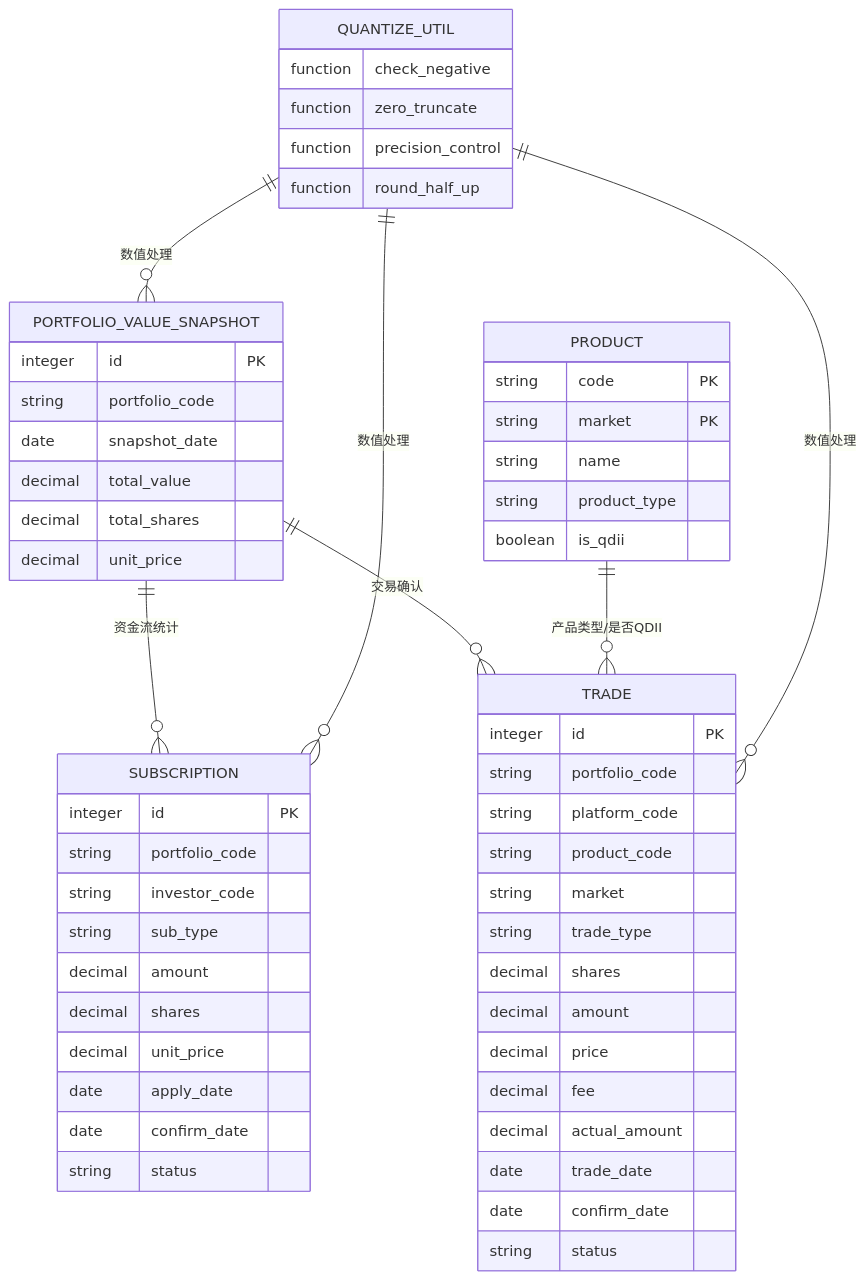
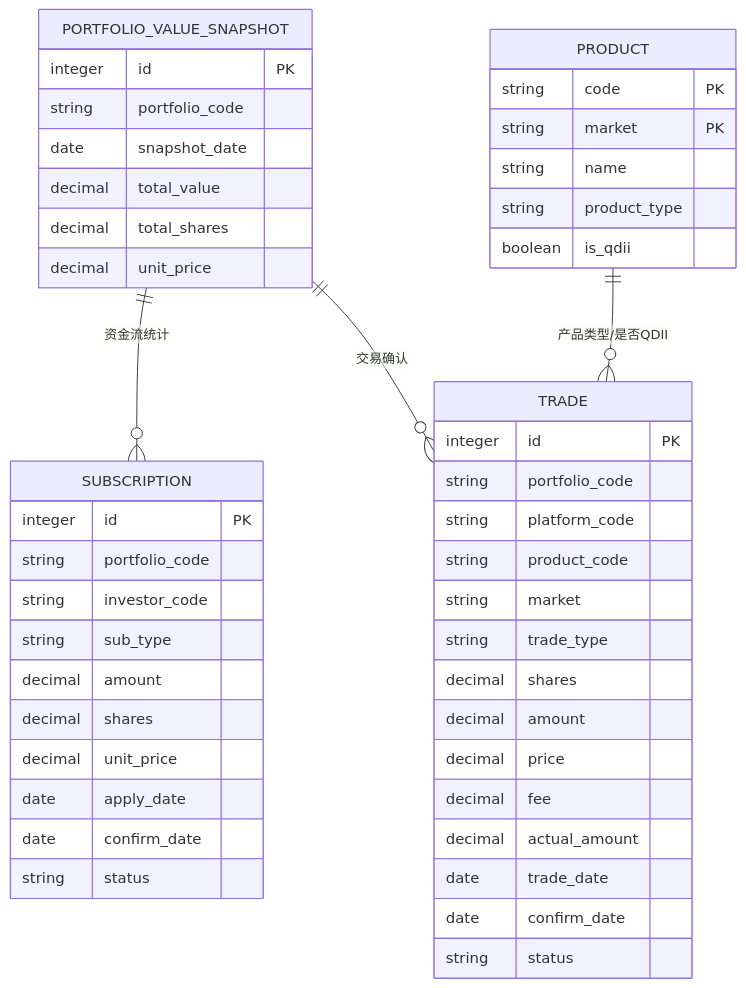
The eighth of 8 diagrams in .qoder/repowiki/zh/content/数据库设计/核心计算公式.md (gujialind/InvestRing), drawn with Mermaid before and after one commit. The commit also changed other lines of this file and 65 other files, not shown here.

````diff
--- a/.qoder/repowiki/zh/content/数据库设计/核心计算公式.md
+++ b/.qoder/repowiki/zh/content/数据库设计/核心计算公式.md
@@ -382,58 +304,49 @@
 ```mermaid
 erDiagram
 PORTFOLIO_VALUE_SNAPSHOT {
 integer id PK
 string portfolio_code
 date snapshot_date
 decimal total_value
 decimal total_shares
 decimal unit_price
 }
 SUBSCRIPTION {
 integer id PK
 string portfolio_code
 string investor_code
 string sub_type
 decimal amount
 decimal shares
 decimal unit_price
 date apply_date
 date confirm_date
 string status
 }
 TRADE {
 integer id PK
 string portfolio_code
 string platform_code
 string product_code
 string market
 string trade_type
 decimal shares
 decimal amount
 decimal price
 decimal fee
 decimal actual_amount
 date trade_date
 date confirm_date
 string status
 }
 PRODUCT {
 string code PK
 string market PK
 string name
 string product_type
 boolean is_qdii
 }
-QUANTIZE_UTIL {
-function check_negative
-function zero_truncate
-function precision_control
-function round_half_up
-}
 PORTFOLIO_VALUE_SNAPSHOT ||--o{ SUBSCRIPTION : "资金流统计"
 PORTFOLIO_VALUE_SNAPSHOT ||--o{ TRADE : "交易确认"
 PRODUCT ||--o{ TRADE : "产品类型/是否QDII"
-QUANTIZE_UTIL ||--o{ PORTFOLIO_VALUE_SNAPSHOT : "数值处理"
-QUANTIZE_UTIL ||--o{ SUBSCRIPTION : "数值处理"
-QUANTIZE_UTIL ||--o{ TRADE : "数值处理"
 ```
````
